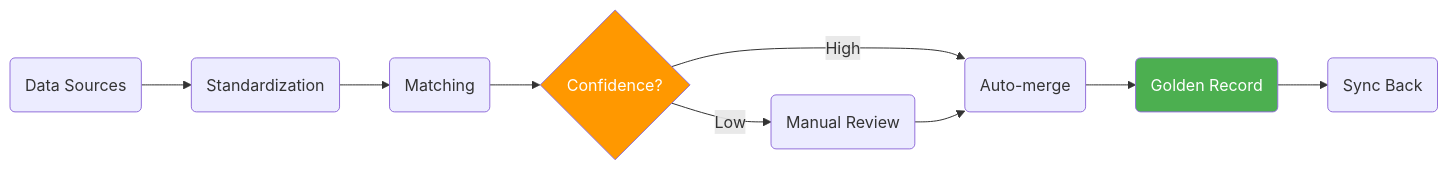
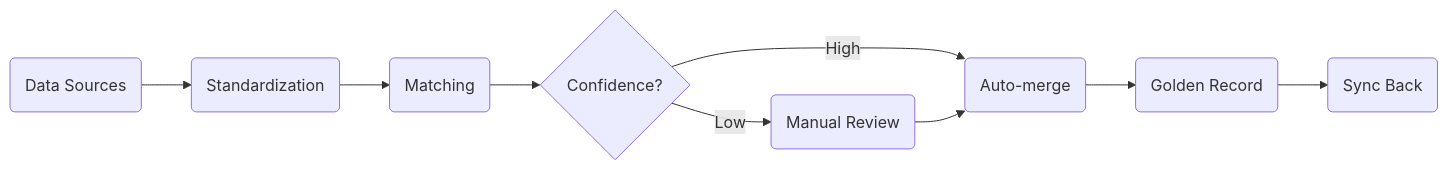
Before and after one commit to HealthSamurai/mdmbox-docs: the fourth of 4 diagrams in docs/mdm-theory.md, drawn with Mermaid. The commit also changed other lines of this file and 2 other files, not shown here.

Commit message:
fix: replace inline styles with color classes in Mermaid diagrams

````diff
--- a/docs/mdm-theory.md
+++ b/docs/mdm-theory.md
@@ -126,14 +116,12 @@
 ```mermaid
 flowchart LR
     A(Data Sources) --> B(Standardization)
     B --> C(Matching)
     C --> D{Confidence?}
     D -->|High| E(Auto-merge)
     D -->|Low| F(Manual Review)
     F --> E
-    E --> G(Golden Record)
+    E --> G(Golden Record):::green2
     G --> H(Sync Back)
-
-    style G fill:#4caf50,color:#fff
-    style D fill:#ff9800,color:#fff
+    class D yellow2
 ```
````
